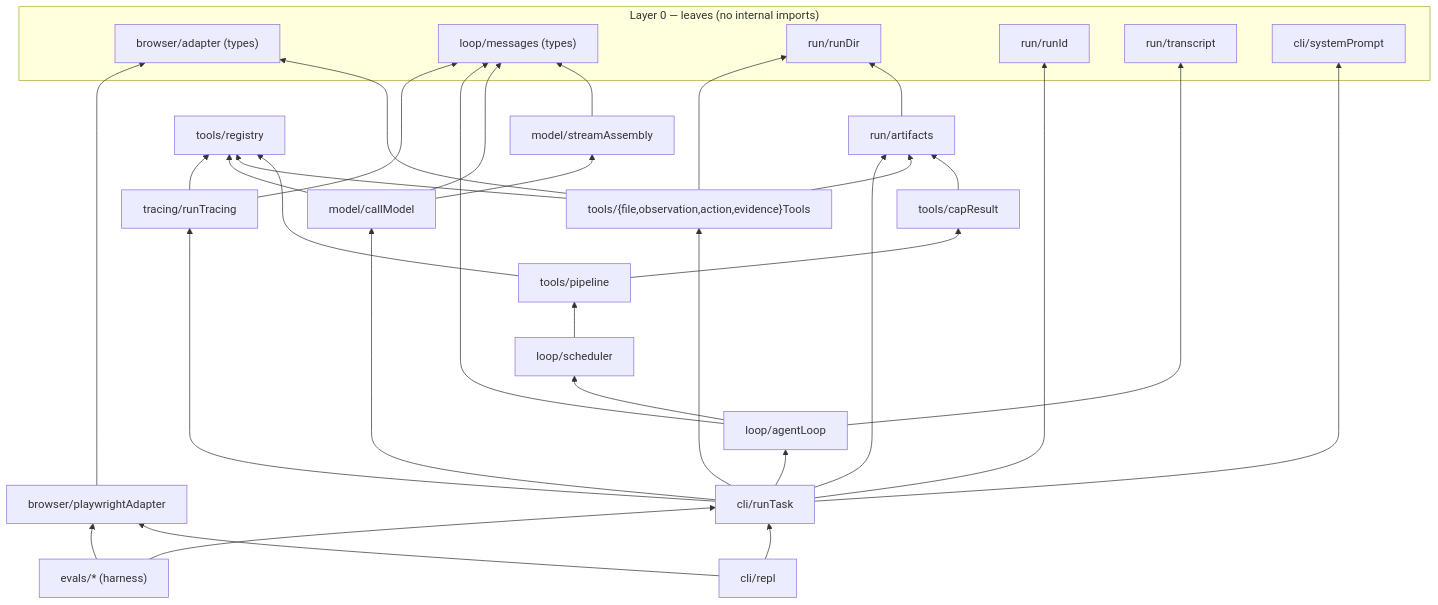
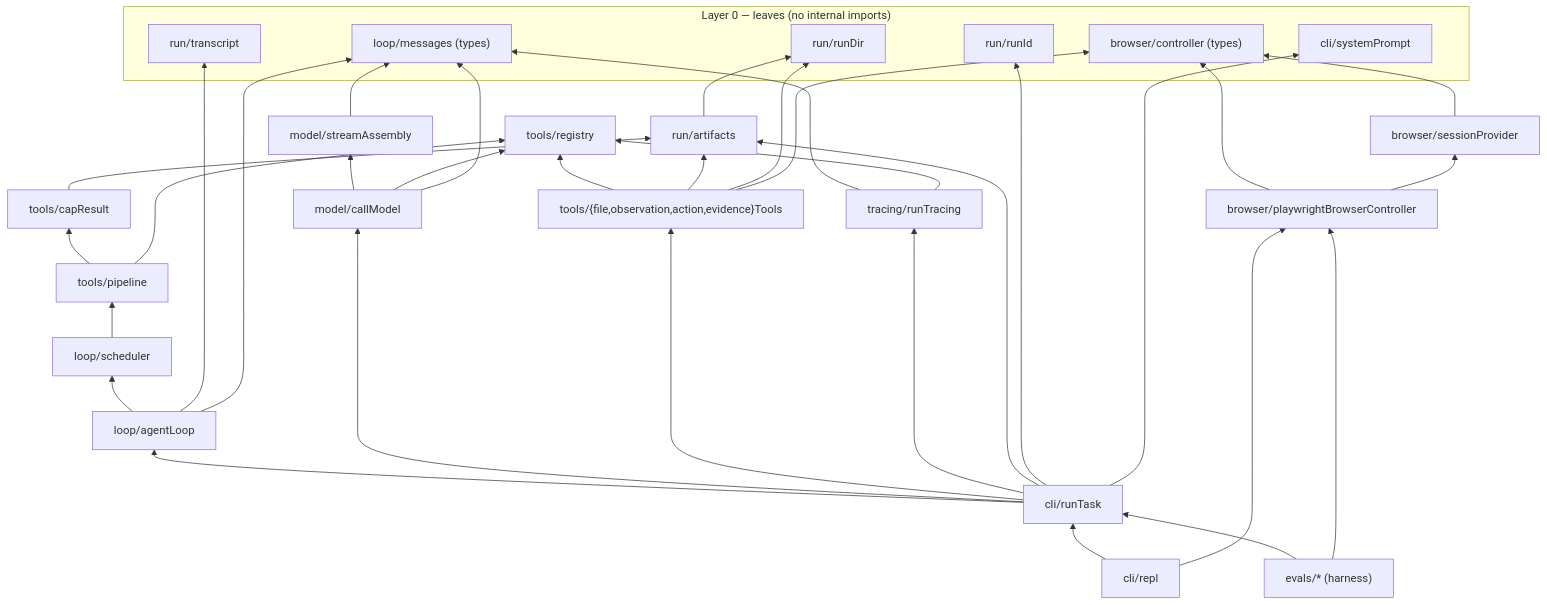
Before and after one commit to briosolivares/evidence-collection-agent: the second of 2 diagrams in .agents/summary/architecture.md, drawn with Mermaid. The commit also changed other lines of this file and 55 other files, not shown here.

Commit message:
refactor: separate browser controllers from session providers

````diff
--- a/.agents/summary/architecture.md
+++ b/.agents/summary/architecture.md
@@ -28,25 +29,26 @@
 ```mermaid
 graph BT
     subgraph "Layer 0 — leaves (no internal imports)"
-        ADAPTER["browser/adapter (types)"]
+        CONTROLLER["browser/controller (types)"]
         MESSAGES["loop/messages (types)"]
         RUNDIR["run/runDir"]
         RUNID["run/runId"]
         TRANSCRIPT["run/transcript"]
         SYSPROMPT["cli/systemPrompt"]
     end
+    PROVIDER["browser/sessionProvider"] --> CONTROLLER
     ARTIFACTS["run/artifacts"] --> RUNDIR
     REGISTRY["tools/registry"]
     CAP["tools/capResult"] --> ARTIFACTS
     PIPELINE["tools/pipeline"] --> CAP & REGISTRY
-    TOOLS["tools/{file,observation,action,evidence}Tools"] --> REGISTRY & ARTIFACTS & RUNDIR & ADAPTER
+    TOOLS["tools/{file,observation,action,evidence}Tools"] --> REGISTRY & ARTIFACTS & RUNDIR & CONTROLLER
     SCHED["loop/scheduler"] --> PIPELINE
     STREAM["model/streamAssembly"] --> MESSAGES
     CALLMODEL["model/callModel"] --> STREAM & REGISTRY & MESSAGES
     LOOP["loop/agentLoop"] --> SCHED & TRANSCRIPT & MESSAGES
     TRACING["tracing/runTracing"] --> MESSAGES & REGISTRY
-    PWA["browser/playwrightAdapter"] --> ADAPTER
+    PBC["browser/playwrightBrowserController"] --> CONTROLLER & PROVIDER
     RUNTASK["cli/runTask"] --> LOOP & CALLMODEL & TOOLS & TRACING & ARTIFACTS & RUNID & SYSPROMPT
-    REPL["cli/repl"] --> RUNTASK & PWA
-    EVALS["evals/* (harness)"] --> RUNTASK & PWA
+    REPL["cli/repl"] --> RUNTASK & PBC
+    EVALS["evals/* (harness)"] --> RUNTASK & PBC
 ```
````
